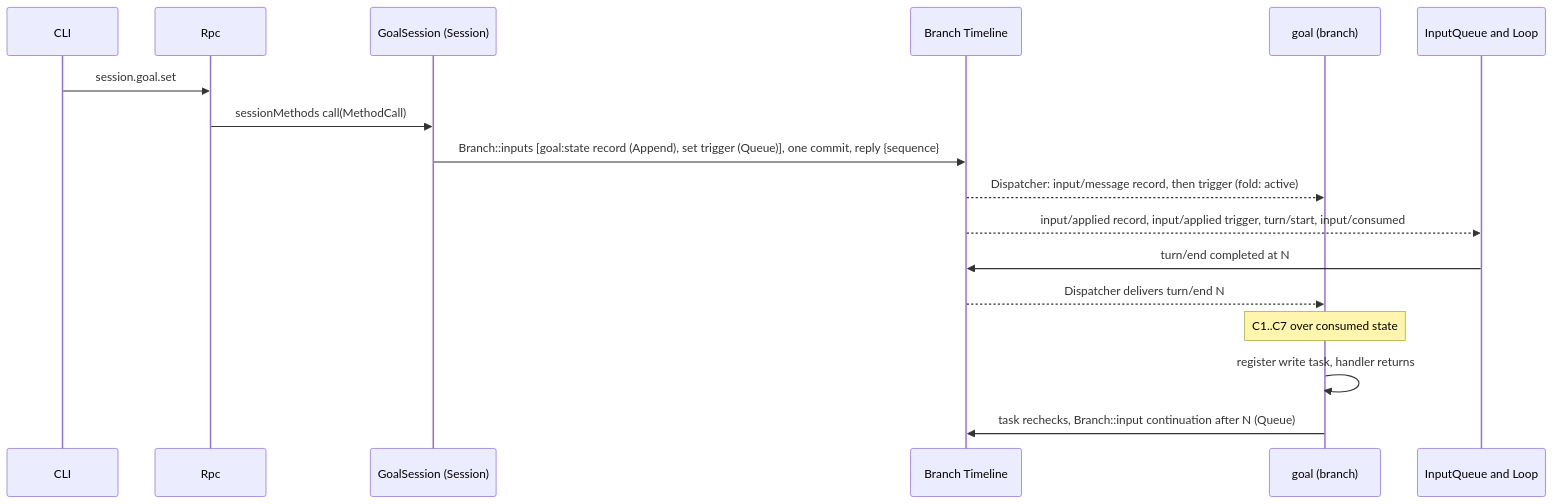
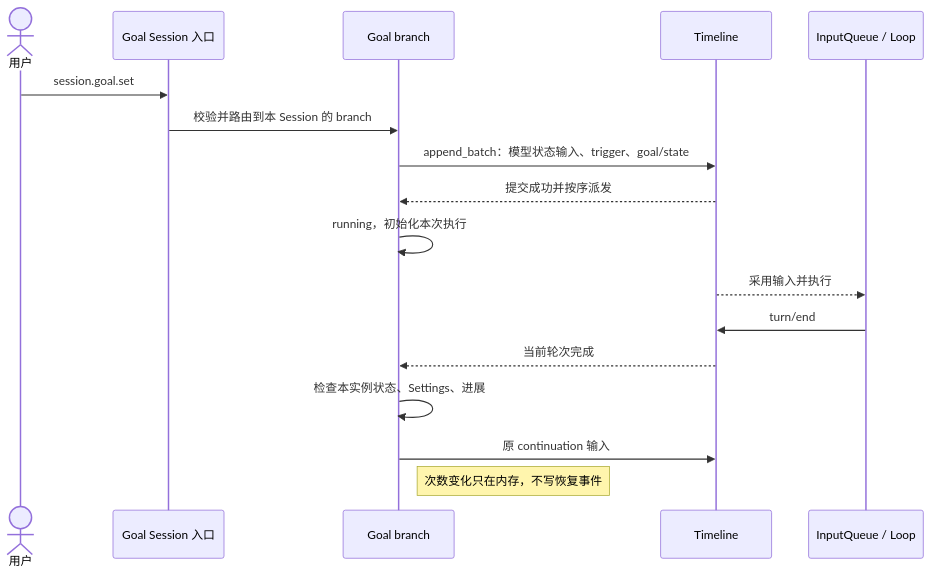
The diagram in docs/design/plugins/Goal.md (CoutinhoTTS/dim-agent), drawn with Mermaid before and after one commit. The commit also changed other lines of this file and 19 other files, not shown here.

Commit message:
docs: define business-driven Timeline state persistence

````diff
--- a/docs/design/plugins/Goal.md
+++ b/docs/design/plugins/Goal.md
@@ -120,19 +49,19 @@
-```mermaid
+~~~mermaid
 sequenceDiagram
-  participant CLI
-  participant Rpc
-  participant GS as GoalSession (Session)
-  participant TL as Branch Timeline
-  participant G as goal (branch)
-  participant IQ as InputQueue and Loop
-  CLI->>Rpc: session.goal.set
-  Rpc->>GS: sessionMethods call(MethodCall)
-  GS->>TL: Branch::inputs [goal:state record (Append), set trigger (Queue)], one commit, reply {sequence}
-  TL-->>G: Dispatcher: input/message record, then trigger (fold: active)
-  TL-->>IQ: input/applied record, input/applied trigger, turn/start, input/consumed
-  IQ->>TL: turn/end completed at N
-  TL-->>G: Dispatcher delivers turn/end N
-  Note over G: C1..C7 over consumed state
-  G->>G: register write task, handler returns
-  G->>TL: task rechecks, Branch::input continuation after N (Queue)
-```
+    actor U as 用户
+    participant S as Goal Session 入口
+    participant G as Goal branch
+    participant T as Timeline
+    participant L as InputQueue / Loop
+    U->>S: session.goal.set
+    S->>G: 校验并路由到本 Session 的 branch
+    G->>T: append_batch：模型状态输入、trigger、goal/state
+    T-->>G: 提交成功并按序派发
+    G->>G: running，初始化本次执行
+    T-->>L: 采用输入并执行
+    L->>T: turn/end
+    T-->>G: 当前轮次完成
+    G->>G: 检查本实例状态、Settings、进展
+    G->>T: 原 continuation 输入
+    Note right of G: 次数变化只在内存，不写恢复事件
+~~~
````
